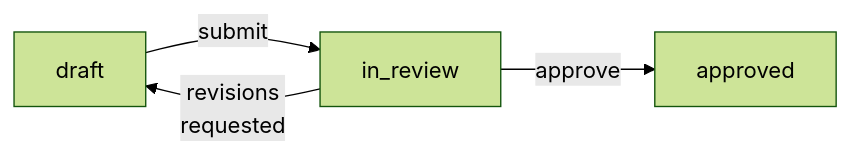
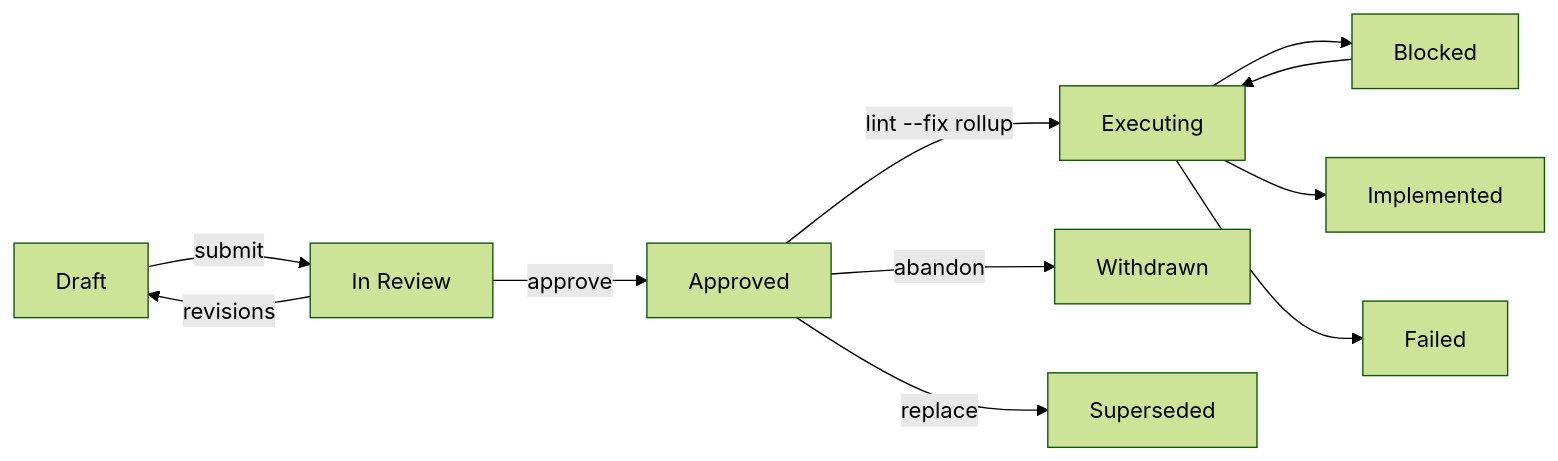
Before and after one commit to specscore/specscore: the second of 5 diagrams in spec/features/plan/README.md, drawn with Mermaid (forest theme). The commit also changed other lines of this file and 15 other files, not shown here.

````diff
--- a/spec/features/plan/README.md
+++ b/spec/features/plan/README.md
@@ -255,10 +215,23 @@
 ```mermaid
 graph LR
-    A["draft"]
-    B["in_review"]
-    C["approved"]
+    A["Draft"]
+    B["In Review"]
+    C["Approved"]
+    E["Executing"]
+    K["Blocked"]
+    I["Implemented"]
+    F["Failed"]
+    W["Withdrawn"]
+    S["Superseded"]
 
     A -->|submit| B
-    B -->|revisions<br/>requested| A
+    B -->|revisions| A
     B -->|approve| C
+    C -->|lint --fix rollup| E
+    E --> K
+    E --> I
+    E --> F
+    K --> E
+    C -->|abandon| W
+    C -->|replace| S
 ```
````
